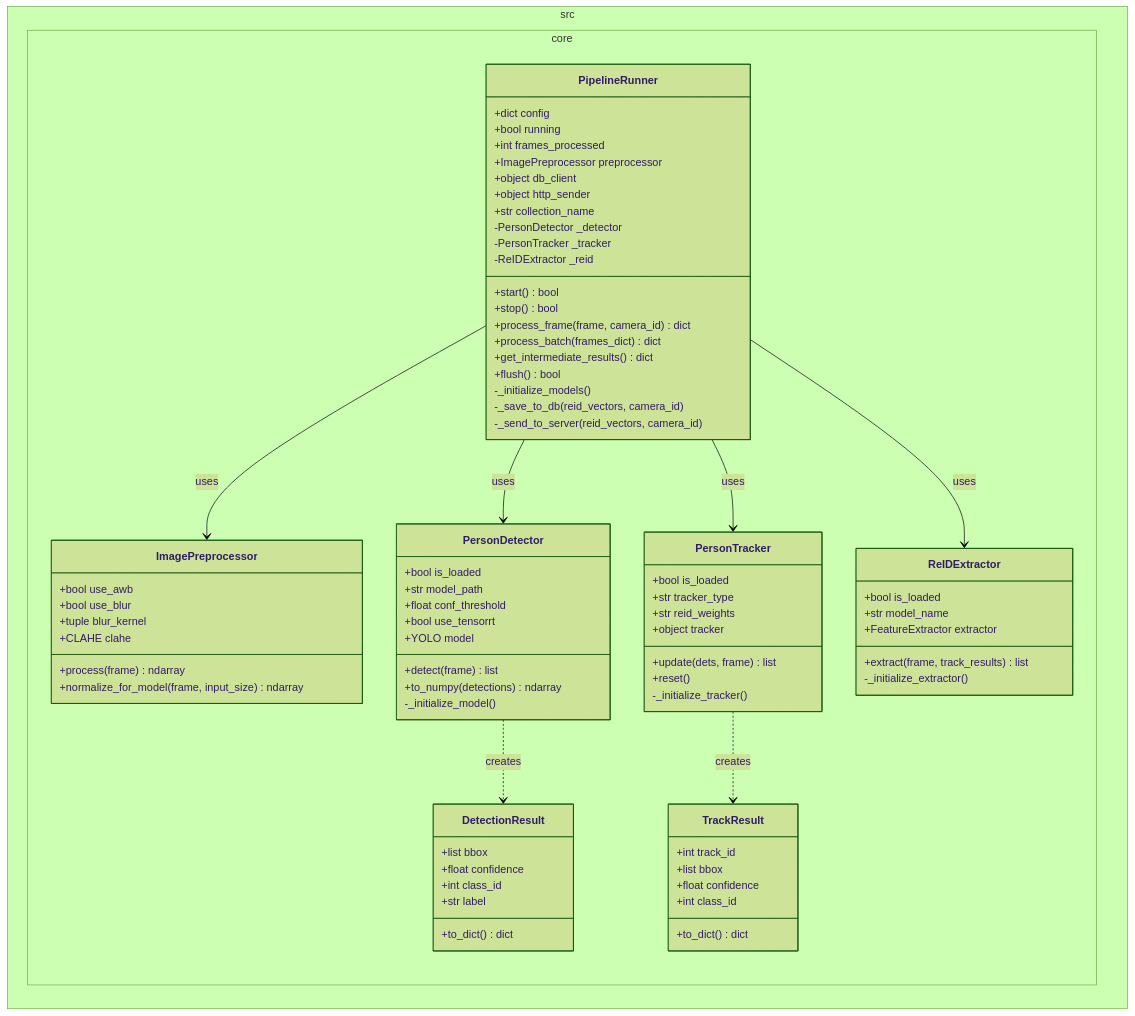
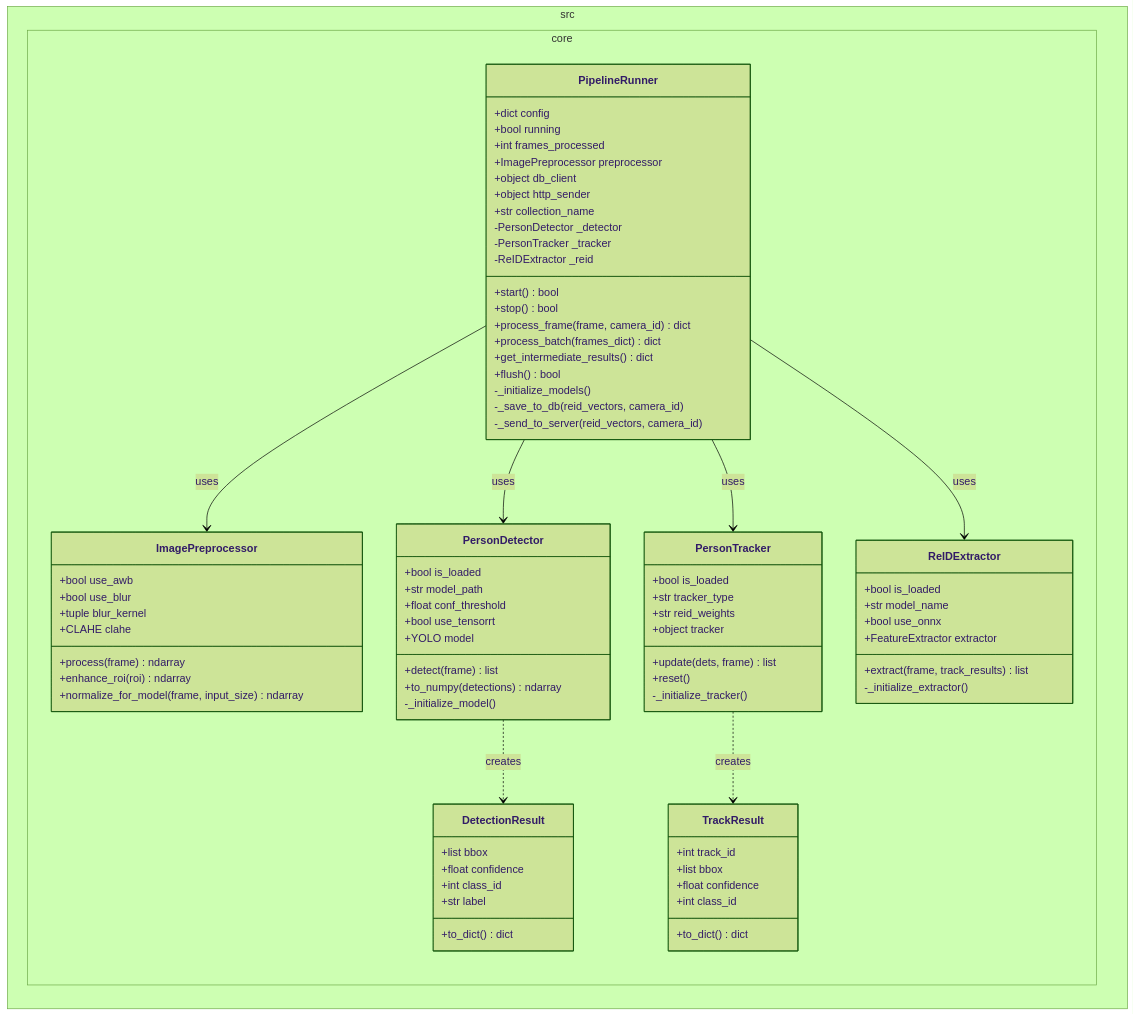
Before and after one commit to artport-max/EYE-D: the second of 6 diagrams in docs/edge-design.md, drawn with Mermaid (forest theme). The commit also changed other lines of this file and 2 other files, not shown here.

```diff
--- a/docs/edge-design.md
+++ b/docs/edge-design.md
@@ -65,6 +113,7 @@
             +tuple blur_kernel
             +CLAHE clahe
             +process(frame) ndarray
+            +enhance_roi(roi) ndarray
             +normalize_for_model(frame, input_size) ndarray
         }
         
@@ -108,6 +157,7 @@
         class ReIDExtractor {
             +bool is_loaded
             +str model_name
+            +bool use_onnx
             +FeatureExtractor extractor
             +extract(frame, track_results) list
             -_initialize_extractor()
```
